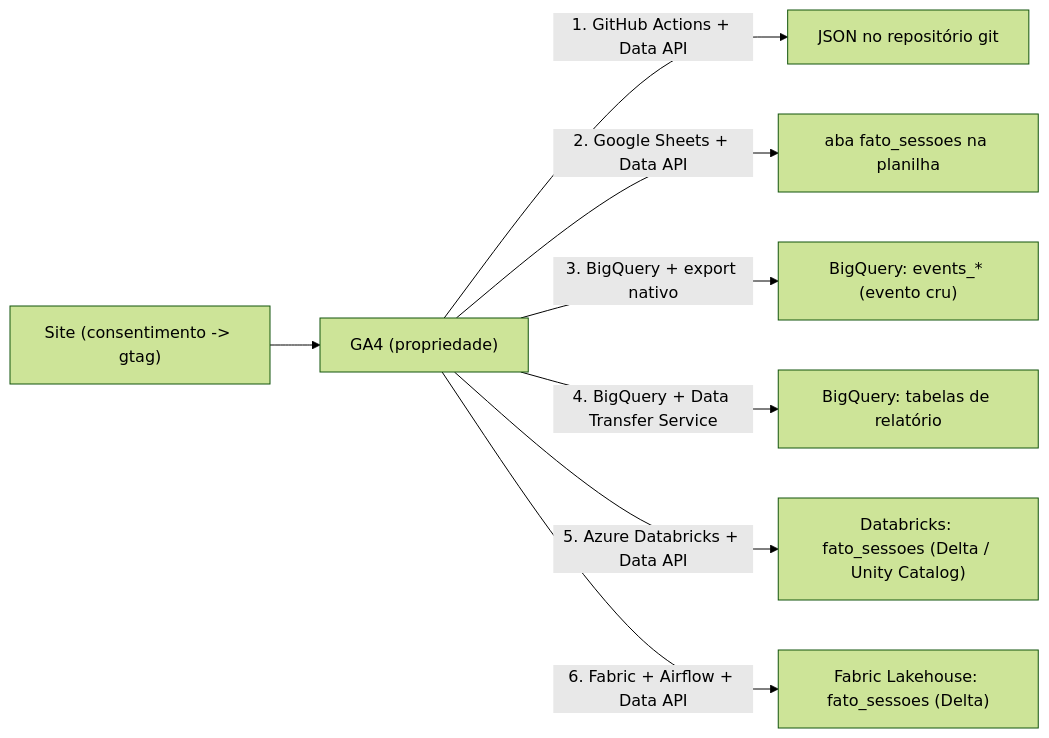
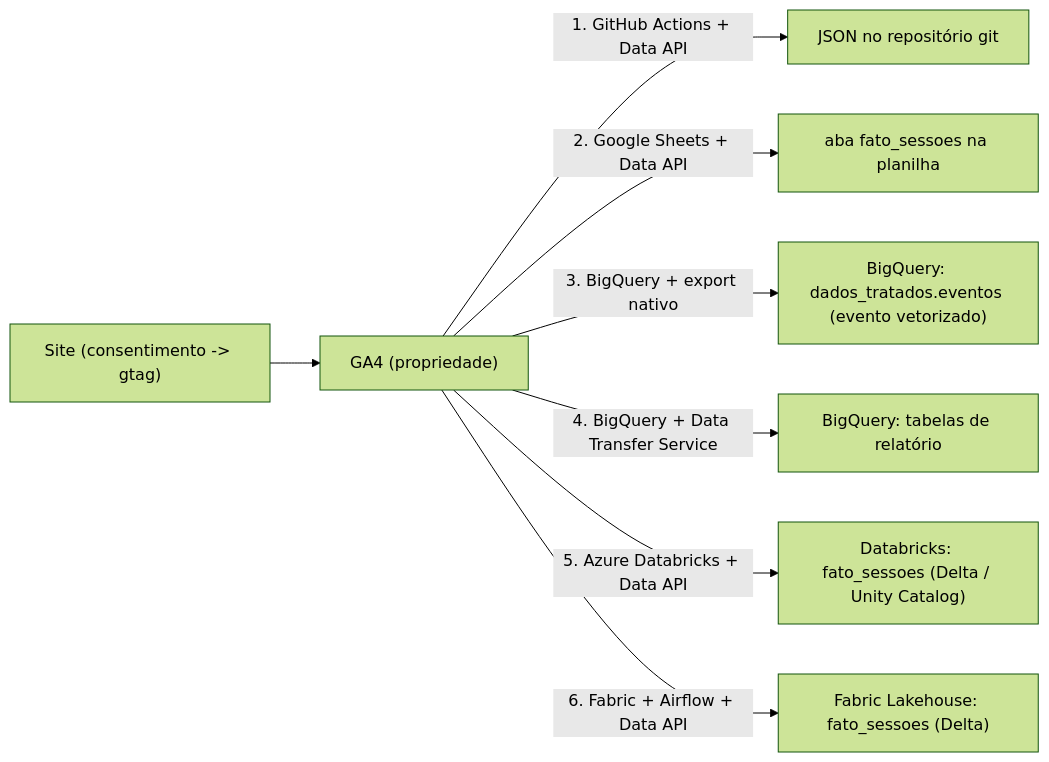
One commit to Lokkoman/cases changed the diagram in ga4-extracao/README.md. Above: the diagram before and after it, drawn with Mermaid (forest theme). The commit also changed other lines of this file and 6 other files, not shown here.

First line of the commit message:
docs(ga4-extracao): caminho 3 entrega o evento vetorizado, nao o fato_sessoes

````diff
--- a/ga4-extracao/README.md
+++ b/ga4-extracao/README.md
@@ -49,11 +55,11 @@
 ```mermaid
 flowchart LR
   site["Site (consentimento -> gtag)"] --> ga4["GA4 (propriedade)"]
 
   ga4 -->|"1. GitHub Actions + Data API"| api["JSON no repositório git"]
   ga4 -->|"2. Google Sheets + Data API"| sh["aba fato_sessoes na planilha"]
-  ga4 -->|"3. BigQuery + export nativo"| raw["BigQuery: events_* (evento cru)"]
+  ga4 -->|"3. BigQuery + export nativo"| raw["BigQuery: dados_tratados.eventos (evento vetorizado)"]
   ga4 -->|"4. BigQuery + Data Transfer Service"| rep["BigQuery: tabelas de relatório"]
   ga4 -->|"5. Azure Databricks + Data API"| dbx["Databricks: fato_sessoes (Delta / Unity Catalog)"]
   ga4 -->|"6. Fabric + Airflow + Data API"| fab["Fabric Lakehouse: fato_sessoes (Delta)"]
 ```
````
